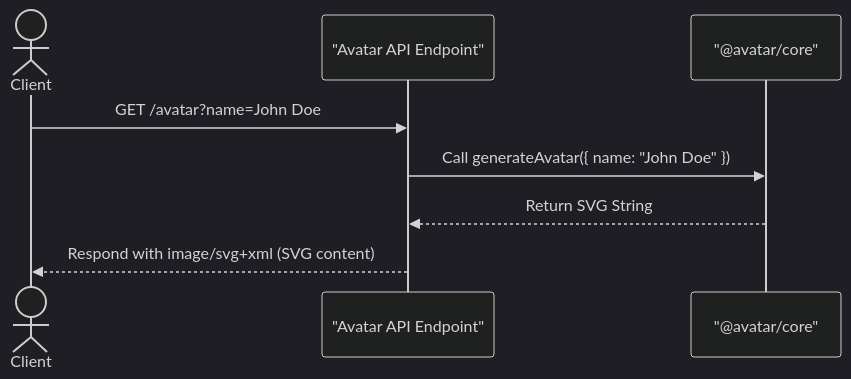
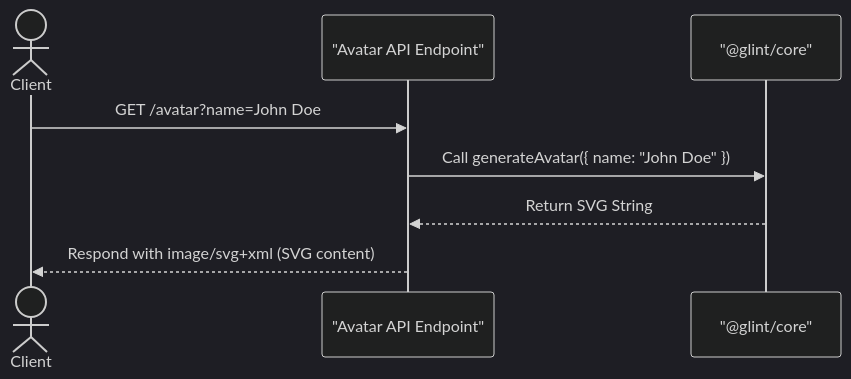
The first of 2 diagrams in .dokugen-backup.md (Charmingdc/glint), drawn with Mermaid (dark theme) before and after one commit. The commit also changed other lines of this file and 11 other files, not shown here.

Commit message:
feat(core): add avatar hash and initials generators

````diff
--- a/.dokugen-backup.md
+++ b/.dokugen-backup.md
@@ -58,11 +62,11 @@
 ```mermaid
 sequenceDiagram
   actor Client
   participant API as "Avatar API Endpoint"
-  participant Core as "@avatar/core"
+  participant Core as "@glint/core"
 
   Client->>API: GET /avatar?name=John Doe
   API->>Core: Call generateAvatar({ name: "John Doe" })
   Core-->>API: Return SVG String
   API-->>Client: Respond with image/svg+xml (SVG content)
 ```
````
